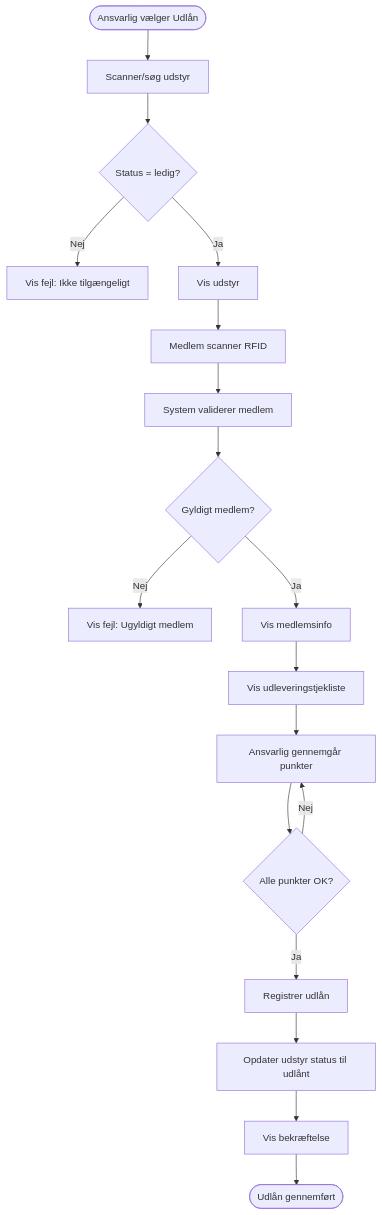
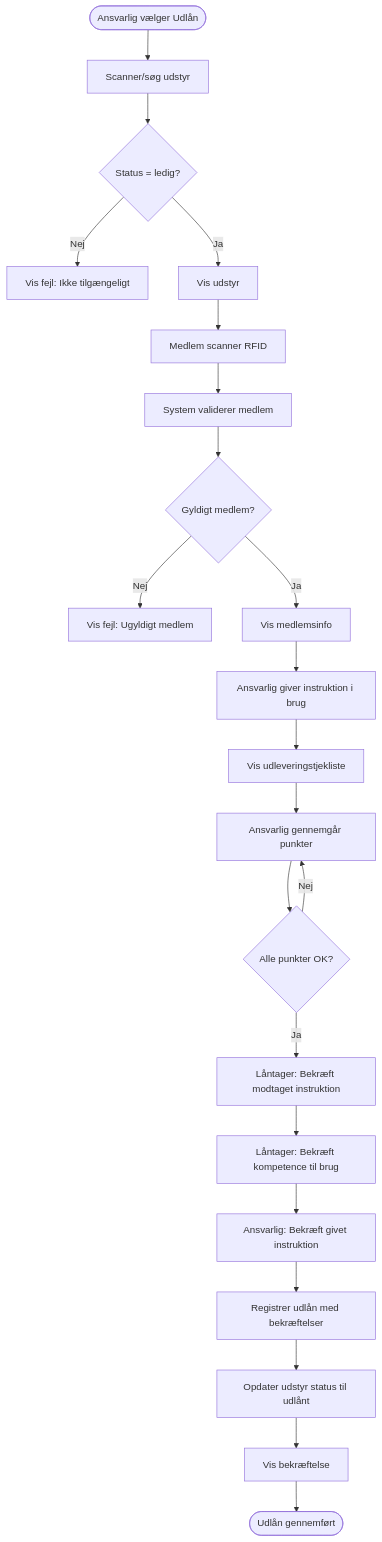
Before and after one commit to OrangeMakers/Udlaan: the second of 7 diagrams in FLOWS.md, drawn with Mermaid. The commit also changed other lines of this file and 3 other files, not shown here.

````diff
--- a/FLOWS.md
+++ b/FLOWS.md
@@ -36,20 +36,24 @@
 ```mermaid
 flowchart TD
     Start([Ansvarlig vælger Udlån]) --> ScanEquip[Scanner/søg udstyr]
     ScanEquip --> CheckStatus{Status = ledig?}
     CheckStatus -->|Nej| Error[Vis fejl: Ikke tilgængeligt]
     CheckStatus -->|Ja| ShowEquip[Vis udstyr]
     ShowEquip --> ScanMember[Medlem scanner RFID]
     ScanMember --> ValidateMember[System validerer medlem]
     ValidateMember --> MemberValid{Gyldigt medlem?}
     MemberValid -->|Nej| MemberError[Vis fejl: Ugyldigt medlem]
     MemberValid -->|Ja| ShowMember[Vis medlemsinfo]
-    ShowMember --> Checklist[Vis udleveringstjekliste]
+    ShowMember --> GiveInstr[Ansvarlig giver instruktion i brug]
+    GiveInstr --> Checklist[Vis udleveringstjekliste]
     Checklist --> CheckItems[Ansvarlig gennemgår punkter]
     CheckItems --> AllDone{Alle punkter OK?}
     AllDone -->|Nej| CheckItems
-    AllDone -->|Ja| RegisterLoan[Registrer udlån]
+    AllDone -->|Ja| Confirm1[Låntager: Bekræft modtaget instruktion]
+    Confirm1 --> Confirm2[Låntager: Bekræft kompetence til brug]
+    Confirm2 --> Confirm3[Ansvarlig: Bekræft givet instruktion]
+    Confirm3 --> RegisterLoan[Registrer udlån med bekræftelser]
     RegisterLoan --> UpdateStatus[Opdater udstyr status til udlånt]
     UpdateStatus --> Confirm[Vis bekræftelse]
     Confirm --> End([Udlån gennemført])
 ```
````
